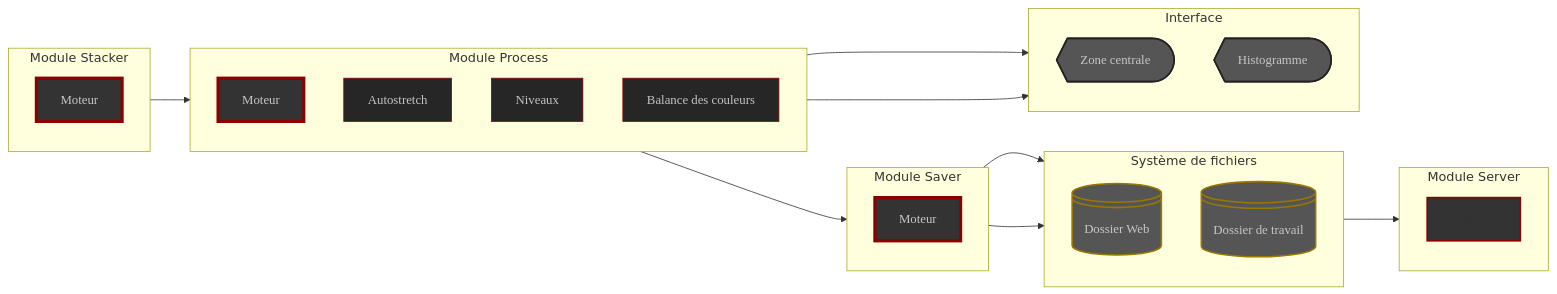
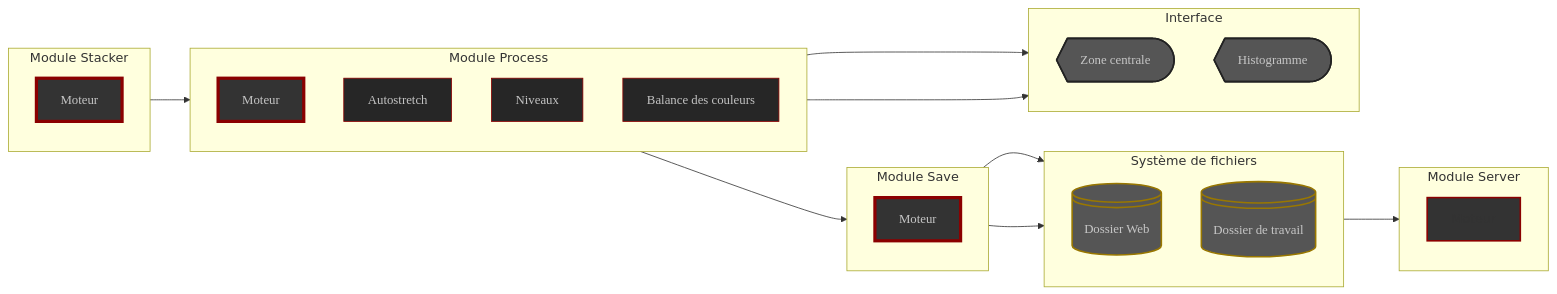
One commit to deufrai/als changed the fourth of 4 diagrams in content/fr/docs/v0.7/reference/modules/_index.md. Above: the diagram before and after it, drawn with Mermaid. The commit also changed other lines of this file and 1 other file, not shown here.

Commit message:
minor fix : Saver => Save in modules doc

````diff
--- a/content/fr/docs/v0.7/reference/modules/_index.md
+++ b/content/fr/docs/v0.7/reference/modules/_index.md
@@ -218,68 +218,68 @@
 ```mermaid
 flowchart LR
 
 subgraph Module Stacker
     direction TB
     STACK_ENGINE[Moteur]
 end
 
 subgraph Module Process
     direction TB
     PROCESS_ENGINE[Moteur]
     STRETCH[Autostretch]
     LEVELS[Niveaux]
     COLOR_BAL[Balance des couleurs]
 end 
 
-subgraph Module Saver
+subgraph Module Save
     direction TB
     SAVE_ENGINE[Moteur]
 end
 
 subgraph Système de fichiers
     direction TB
     
     WEB_FOLDER@{ shape: lin-cyl, label: "Dossier Web" }
     WORK_FOLDER@{ shape: lin-cyl, label: "Dossier de travail" }
 end
 
 subgraph Module Server
     direction TB
     SERVER_ENGINE[Moteur]
 end
 
 subgraph Interface
     direction TB
     SCREEN@{ shape: curv-trap, label: "Zone centrale" }
     HISTOGRAM@{ shape: curv-trap, label: "Histogramme" }
 end
 
 STACK_ENGINE --> PROCESS_ENGINE
 
 PROCESS_ENGINE --> SAVE_ENGINE
 PROCESS_ENGINE ---> SCREEN
 PROCESS_ENGINE ---> HISTOGRAM
 
 SAVE_ENGINE --> WEB_FOLDER
 SAVE_ENGINE --> WORK_FOLDER
 
 WEB_FOLDER --> SERVER_ENGINE
 
 classDef module fill:#333,stroke:darkred,stroke-width:2px
 classDef main_module fill:#333,stroke:darkred,stroke-width:4px,color:#c6c6c6,font-family:'Poppins',sans-serif
 classDef process fill:#262626,stroke:darkred,stroke-width:1px,color:#c3c3c3,font-family:'Poppins',sans-serif
 classDef folder fill:#555,stroke:#970,stroke-width:2px,color:#c6c6c6,font-family:'Poppins',sans-serif
 classDef display fill:#555,stroke:#222,stroke-width:2px,color:#c6c6c6,font-family:'Poppins',sans-serif
 
 class STACK_ENGINE main_module
 class PROCESS_ENGINE main_module
 class SAVE_ENGINE main_module
 class SERVER_ENGINE module
 class SCREEN display
 class HISTOGRAM display
 class WEB_FOLDER folder
 class WORK_FOLDER folder
 class STRETCH process
 class LEVELS process
 class COLOR_BAL process
 ```
````
